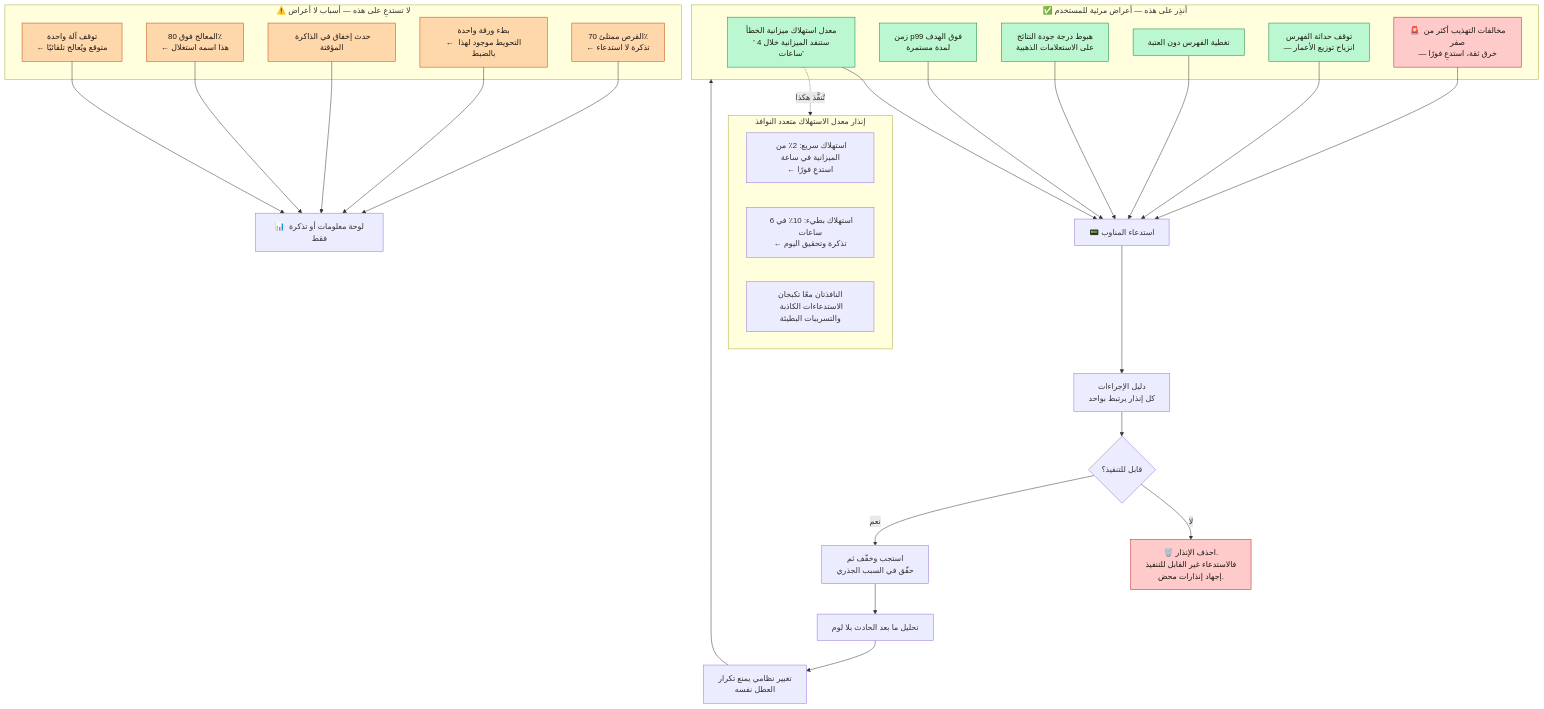
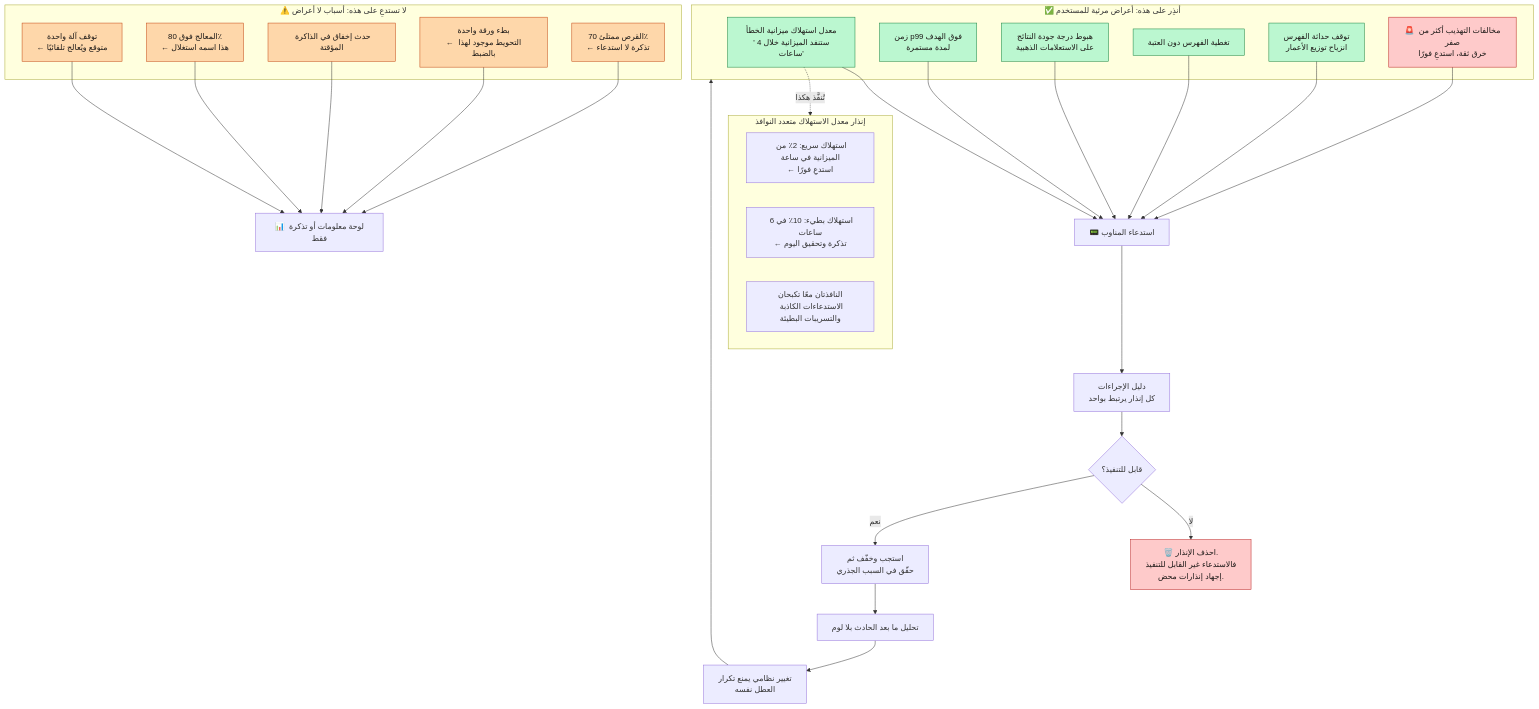
Before and after one commit to ahmedselimmansor-ctrl/google-search-system-design: the fourth of 4 diagrams in docs/ar/13-observability.md, drawn with Mermaid. The commit also changed other lines of this file and 89 other files, not shown here.

````diff
--- a/docs/ar/13-observability.md
+++ b/docs/ar/13-observability.md
@@ -214,46 +214,46 @@
 ```mermaid
 flowchart TB
-    subgraph GOOD["✅ أنذِر على هذه — أعراض مرئية للمستخدم"]
+    subgraph GOOD["✅ أنذِر على هذه: أعراض مرئية للمستخدم"]
         A1["معدل استهلاك ميزانية الخطأ<br/>'ستنفد الميزانية خلال 4 ساعات'"]
         A2["زمن p99 فوق الهدف<br/>لمدة مستمرة"]
         A3["هبوط درجة جودة النتائج<br/>على الاستعلامات الذهبية"]
         A4["تغطية الفهرس دون العتبة"]
-        A5["توقف حداثة الفهرس<br/>— انزياح توزيع الأعمار"]
-        A6["🚨 مخالفات التهذيب أكثر من صفر<br/>— خرق ثقة، استدعِ فورًا"]
+        A5["توقف حداثة الفهرس<br/>انزياح توزيع الأعمار"]
+        A6["🚨 مخالفات التهذيب أكثر من صفر<br/>خرق ثقة، استدعِ فورًا"]
     end
 
-    subgraph BAD["⚠️ لا تستدعِ على هذه — أسباب لا أعراض"]
+    subgraph BAD["⚠️ لا تستدعِ على هذه: أسباب لا أعراض"]
         B1["توقف آلة واحدة<br/>← متوقع ويُعالج تلقائيًا"]
         B2["المعالج فوق 80٪<br/>← هذا اسمه استغلال"]
         B3["حدث إخفاق في الذاكرة المؤقتة"]
         B4["بطء ورقة واحدة<br/>← التحويط موجود لهذا بالضبط"]
         B5["القرص ممتلئ 70٪<br/>← تذكرة لا استدعاء"]
     end
 
     A1 & A2 & A3 & A4 & A5 & A6 --> PAGE["📟 استدعاء المناوب"]
     B1 & B2 & B3 & B4 & B5 --> DASH["📊 لوحة معلومات أو تذكرة فقط"]
 
     PAGE --> RB["دليل الإجراءات<br/>كل إنذار يرتبط بواحد"]
     RB --> ACT{"قابل للتنفيذ؟"}
     ACT -->|"لا"| DELETE["🗑️ احذف الإنذار.<br/>فالاستدعاء غير القابل للتنفيذ<br/>إجهاد إنذارات محض."]
     ACT -->|"نعم"| RESP["استجب وخفّف ثم<br/>حقّق في السبب الجذري"]
 
     RESP --> PM["تحليل ما بعد الحادث بلا لوم"]
     PM --> FIX["تغيير نظامي يمنع تكرار<br/>العطل نفسه"]
     FIX --> GOOD
 
     subgraph BURN["إنذار معدل الاستهلاك متعدد النوافذ"]
         W1["استهلاك سريع: 2٪ من الميزانية في ساعة<br/>← استدعِ فورًا"]
         W2["استهلاك بطيء: 10٪ في 6 ساعات<br/>← تذكرة وتحقيق اليوم"]
         W3["النافذتان معًا تكبحان<br/>الاستدعاءات الكاذبة والتسريبات البطيئة"]
     end
 
     A1 -.تُنفَّذ هكذا.-> BURN
 
     classDef good fill:#bbf7d0,stroke:#15803d,color:#1c1917
     classDef bad fill:#fed7aa,stroke:#c2410c,color:#1c1917
     classDef crit fill:#fecaca,stroke:#b91c1c,color:#1c1917
     class A1,A2,A3,A4,A5 good
     class B1,B2,B3,B4,B5 bad
     class A6,DELETE crit
 ```
````
